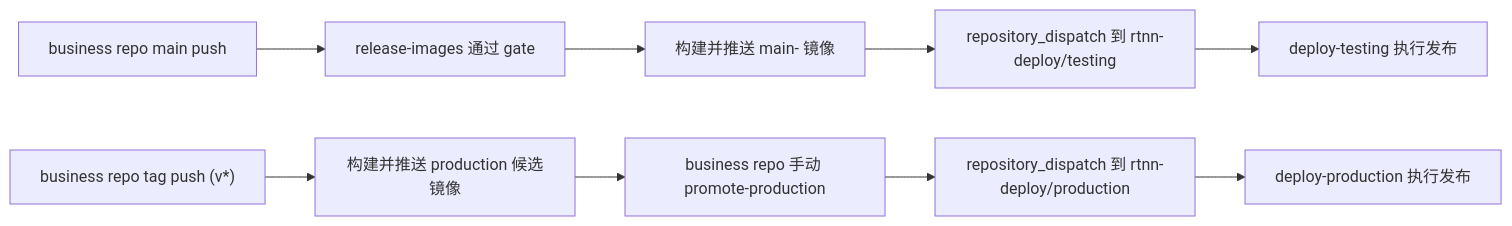
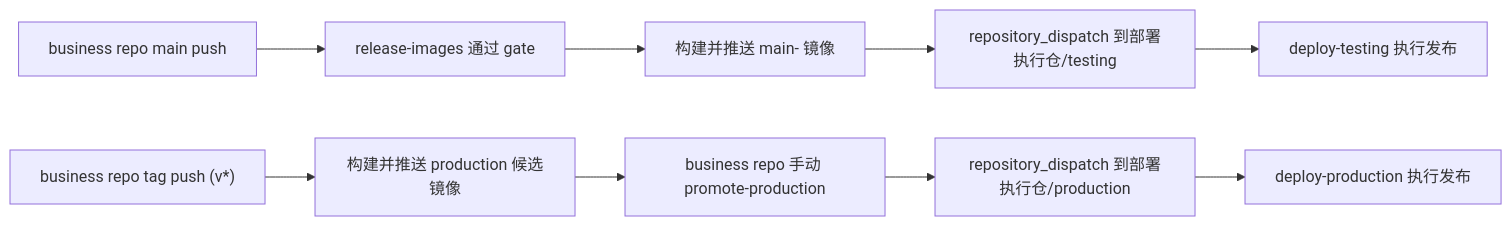
The diagram in docs/architecture/template-repository-topology.md (Hxgh/rtnn), drawn with Mermaid before and after one commit. The commit also changed other lines of this file and 17 other files, not shown here.

````diff
--- a/docs/architecture/template-repository-topology.md
+++ b/docs/architecture/template-repository-topology.md
@@ -28,12 +28,12 @@
 ```mermaid
 flowchart LR
   A["business repo main push"] --> B["release-images 通过 gate"]
   B --> C["构建并推送 main-<sha12> 镜像"]
-  C --> D["repository_dispatch 到 rtnn-deploy/testing"]
+  C --> D["repository_dispatch 到部署执行仓/testing"]
   D --> E["deploy-testing 执行发布"]
 
   F["business repo tag push (v*)"] --> G["构建并推送 production 候选镜像"]
   G --> H["business repo 手动 promote-production"]
-  H --> I["repository_dispatch 到 rtnn-deploy/production"]
+  H --> I["repository_dispatch 到部署执行仓/production"]
   I --> J["deploy-production 执行发布"]
 ```
````
